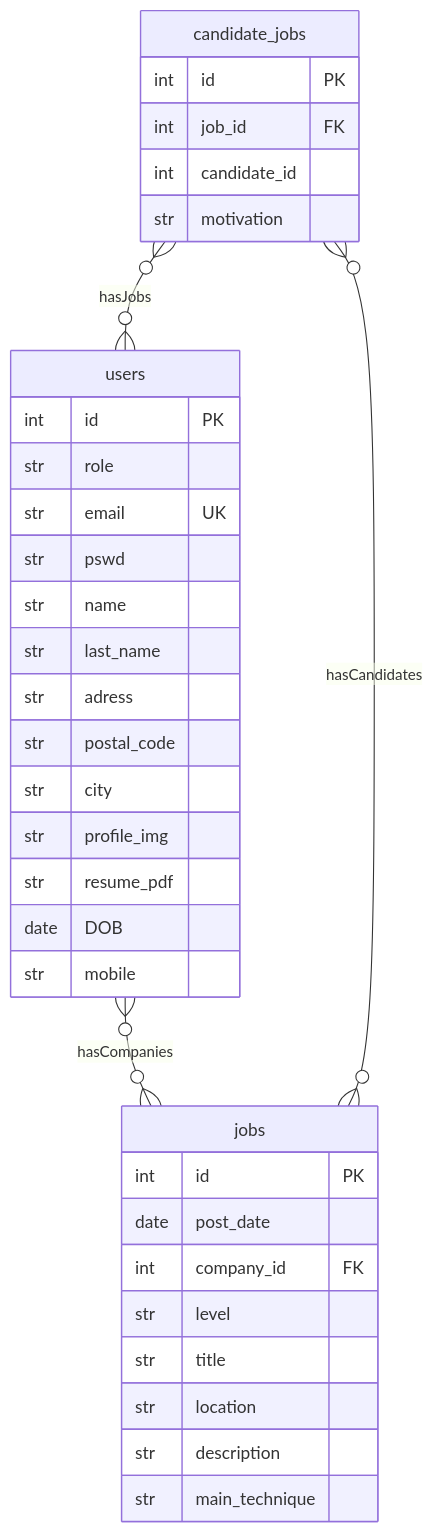
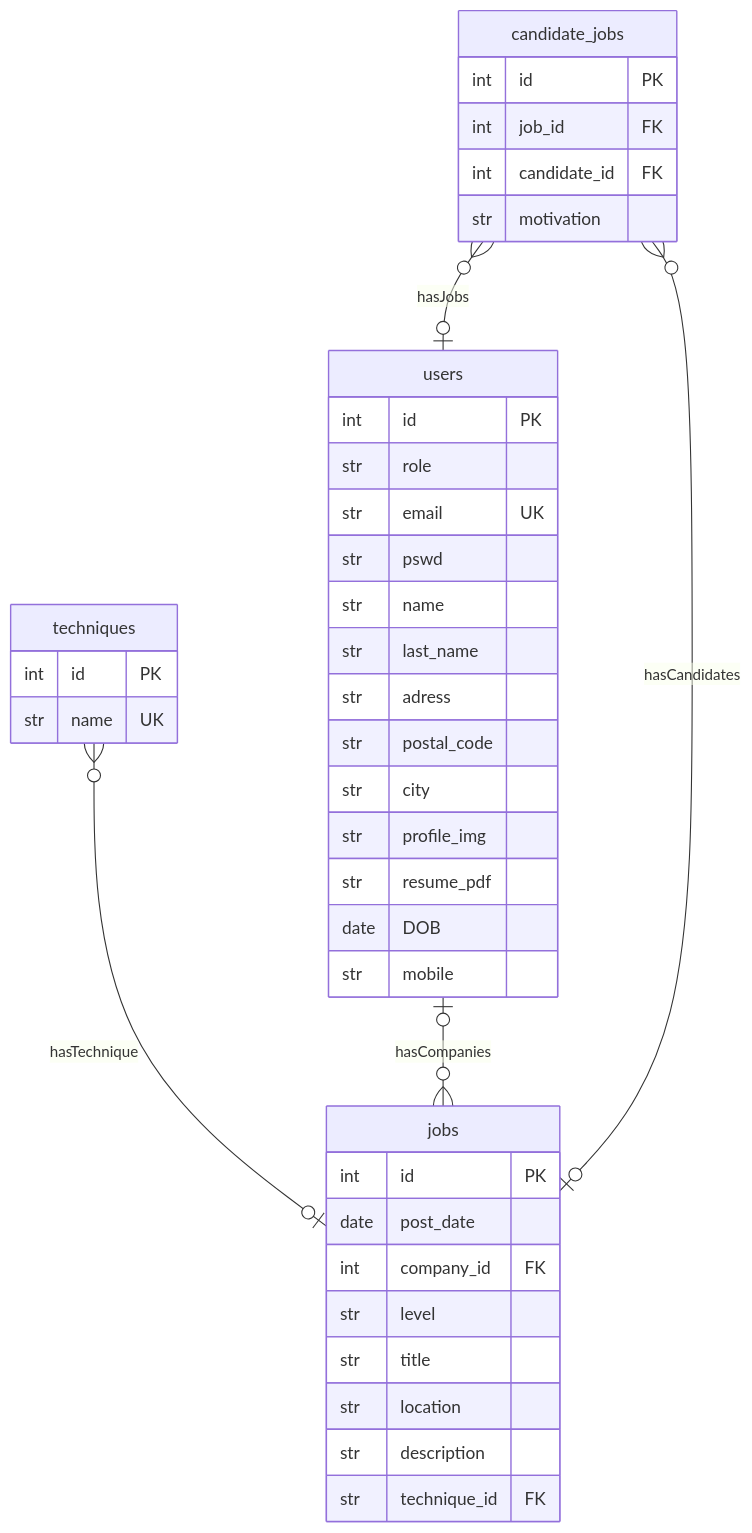
The diagram in static/img/erd.md (uknowwho/educom-vacIT), drawn with Mermaid before and after one commit.

Commit message:
Corrected relationships. Added convenient techniques table

````diff
--- a/static/img/erd.md
+++ b/static/img/erd.md
@@ -1,44 +1,50 @@
 ```mermaid
 erDiagram
     jobs {
         int id PK
         date post_date
         int company_id FK
         str level
         str title
         str location
         str description
-        str main_technique
+        str technique_id FK
     }
 
-    users o{--}o jobs: hasCompanies
+    techniques o{--|o jobs: hasTechnique
+    techniques {
+        int id PK
+        str name UK
+    }
+
+    users o|--}o jobs: hasCompanies
     users {
         int id PK
         str role
         str email UK
         str pswd
         str name
         str last_name
         str adress
         str postal_code
         str city
         str profile_img
         str resume_pdf
         date DOB
         str mobile
     }
     %% candidates and companies are both in the users table
     %% the name is the name of the company or the first name of the candidate
     %% the profile_img is the logo of the company or the cover img of the candidate
     %% last_name, resume_pdf, DOB and mobile are NULL when the user is a company
-    %% only role, email and pswd are filled in for the admin user, all else 
+    %% only role, email and pswd are filled in for the admin user, all else NULL
 
-    candidate_jobs o{--}o jobs: hasCandidates
-    candidate_jobs o{--}o users: hasJobs
+    candidate_jobs o{--|o jobs: hasCandidates
+    candidate_jobs o{--|o users: hasJobs
     candidate_jobs {
         int id PK
         int job_id FK
-        int candidate_id 
+        int candidate_id FK 
         str motivation
     }
 ```
````
